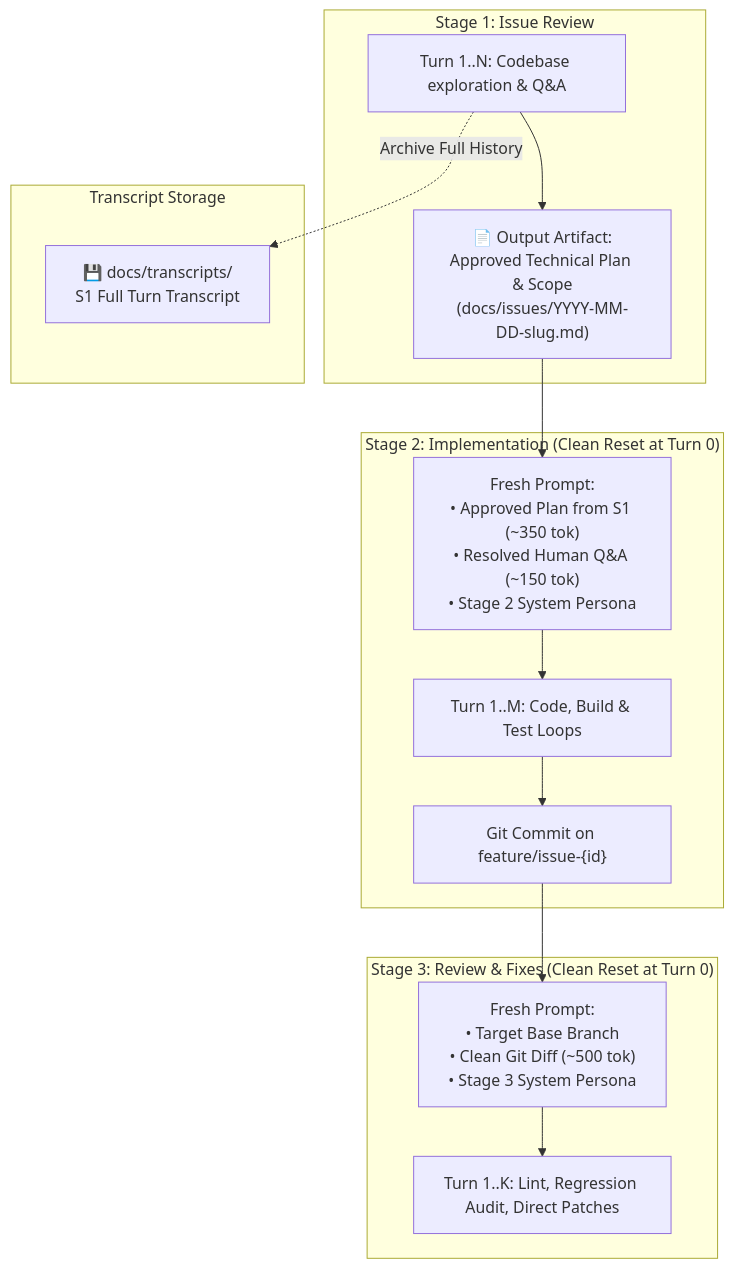
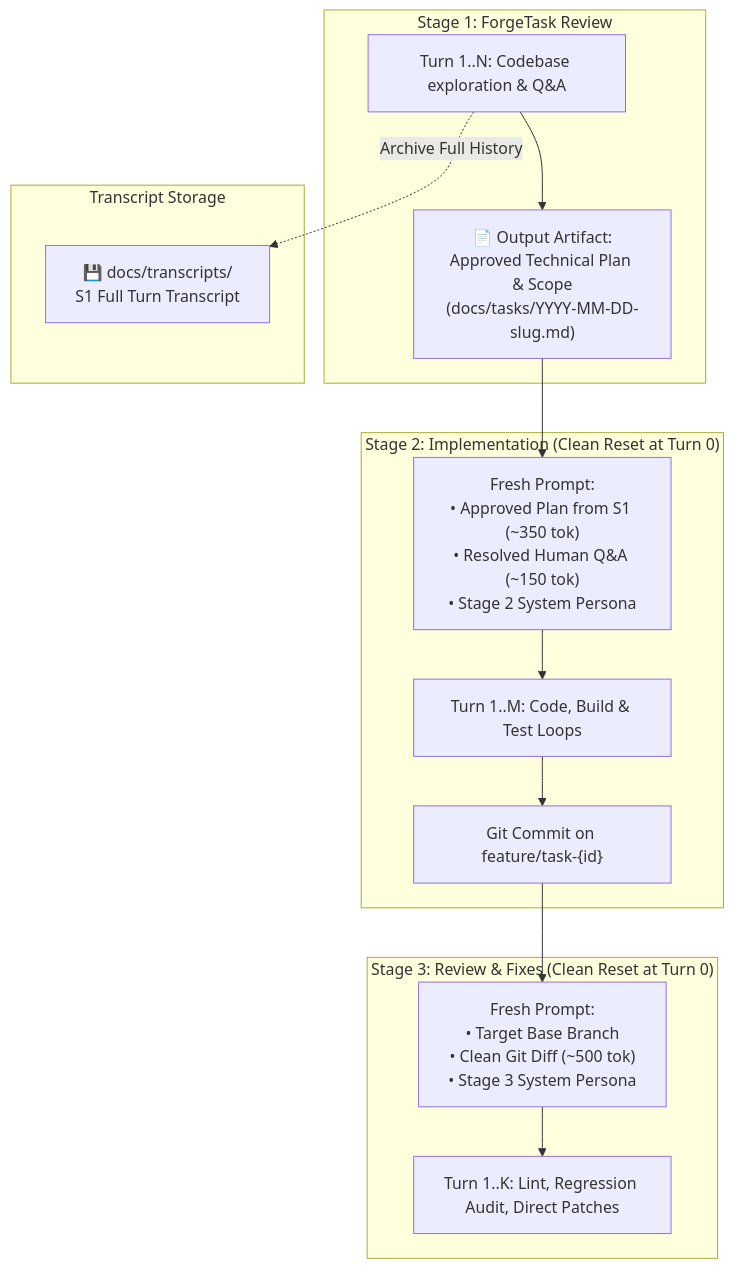
Before and after one commit to jetelain/NightCodeForge: the third of 22 diagrams in docs/ARCHITECTURE.md, drawn with Mermaid. The commit also changed other lines of this file and 151 other files, not shown here.

Commit message:
Issue -> Task

````diff
--- a/docs/ARCHITECTURE.md
+++ b/docs/ARCHITECTURE.md
@@ -318,29 +318,29 @@
 ```mermaid
 flowchart TD
-    subgraph S1 ["Stage 1: Issue Review"]
+    subgraph S1 ["Stage 1: ForgeTask Review"]
         Turn1["Turn 1..N: Codebase exploration & Q&A"]
-        S1Artifact["📄 Output Artifact:\nApproved Technical Plan & Scope\n(docs/issues/YYYY-MM-DD-slug.md)"]
+        S1Artifact["📄 Output Artifact:\nApproved Technical Plan & Scope\n(docs/tasks/YYYY-MM-DD-slug.md)"]
         Turn1 --> S1Artifact
     end
 
     subgraph Archive ["Transcript Storage"]
         DiskLog1["💾 docs/transcripts/\nS1 Full Turn Transcript"]
     end
 
     subgraph S2 ["Stage 2: Implementation (Clean Reset at Turn 0)"]
         S2Prompt["Fresh Prompt:\n• Approved Plan from S1 (~350 tok)\n• Resolved Human Q&A (~150 tok)\n• Stage 2 System Persona"]
         Turn2["Turn 1..M: Code, Build & Test Loops"]
-        S2Commit["Git Commit on feature/issue-{id}"]
+        S2Commit["Git Commit on feature/task-{id}"]
         S2Prompt --> Turn2 --> S2Commit
     end
 
     subgraph S3 ["Stage 3: Review & Fixes (Clean Reset at Turn 0)"]
         S3Prompt["Fresh Prompt:\n• Target Base Branch\n• Clean Git Diff (~500 tok)\n• Stage 3 System Persona"]
         Turn3["Turn 1..K: Lint, Regression Audit, Direct Patches"]
         S3Prompt --> Turn3
     end
 
     S1Artifact --> S2Prompt
     Turn1 -.->|Archive Full History| DiskLog1
     S2Commit --> S3Prompt
 ```
````
